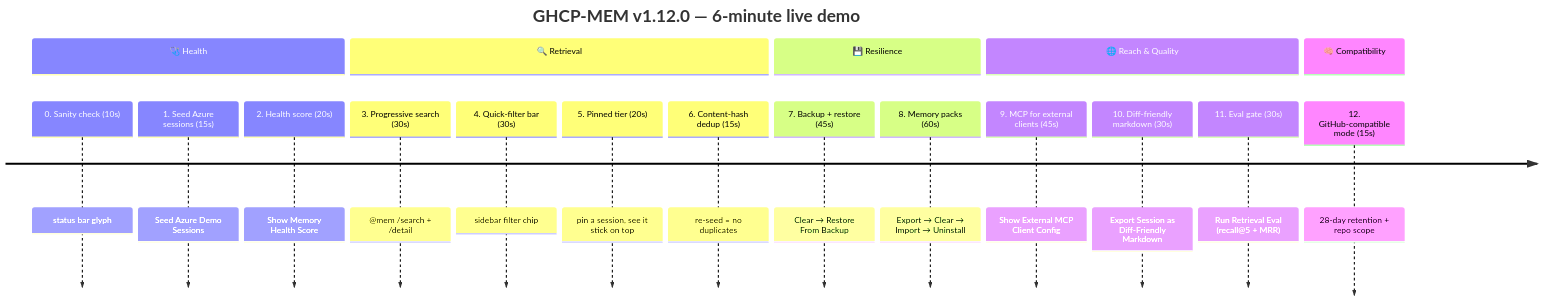
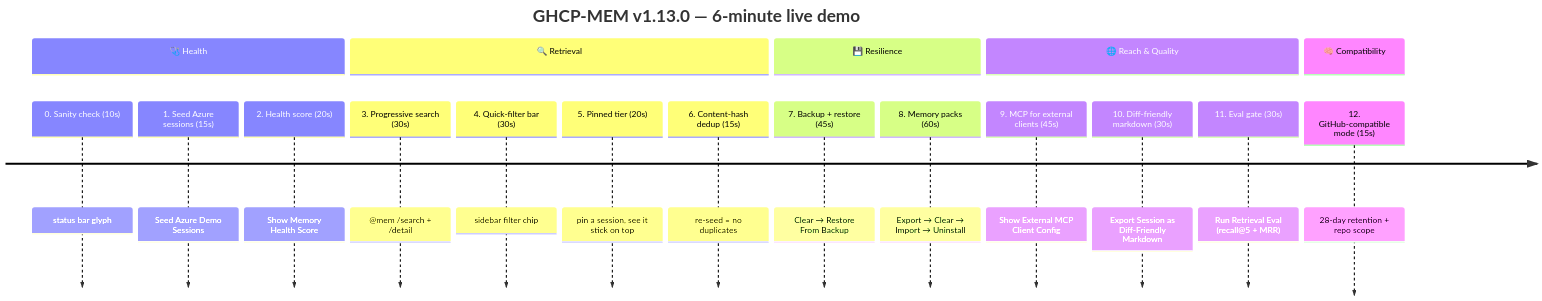
One commit to Oluseyi-Kofoworola/ghcp-mem changed the first of 5 diagrams in docs/DEMO.md. Above: the diagram before and after it, drawn with Mermaid. The commit also changed other lines of this file and 13 other files, not shown here.

````diff
--- a/docs/DEMO.md
+++ b/docs/DEMO.md
@@ -20,22 +20,22 @@
 ```mermaid
 timeline
-    title GHCP-MEM v1.12.0 — 6-minute live demo
+    title GHCP-MEM v1.13.0 — 6-minute live demo
     section 🩺 Health
         0. Sanity check (10s)              : status bar glyph
         1. Seed Azure sessions (15s)       : Seed Azure Demo Sessions
         2. Health score (20s)              : Show Memory Health Score
     section 🔍 Retrieval
         3. Progressive search (30s)        : @mem /search + /detail
         4. Quick-filter bar (30s)          : sidebar filter chip
         5. Pinned tier (20s)               : pin a session, see it stick on top
         6. Content-hash dedup (15s)        : re-seed = no duplicates
     section 💾 Resilience
         7. Backup + restore (45s)          : Clear → Restore From Backup
         8. Memory packs (60s)              : Export → Clear → Import → Uninstall
     section 🌐 Reach & Quality
         9. MCP for external clients (45s)  : Show External MCP Client Config
         10. Diff-friendly markdown (30s)   : Export Session as Diff-Friendly Markdown
         11. Eval gate (30s)                : Run Retrieval Eval (recall@5 + MRR)
     section 🧠 Compatibility
         12. GitHub-compatible mode (15s)   : 28-day retention + repo scope
 ```
````
